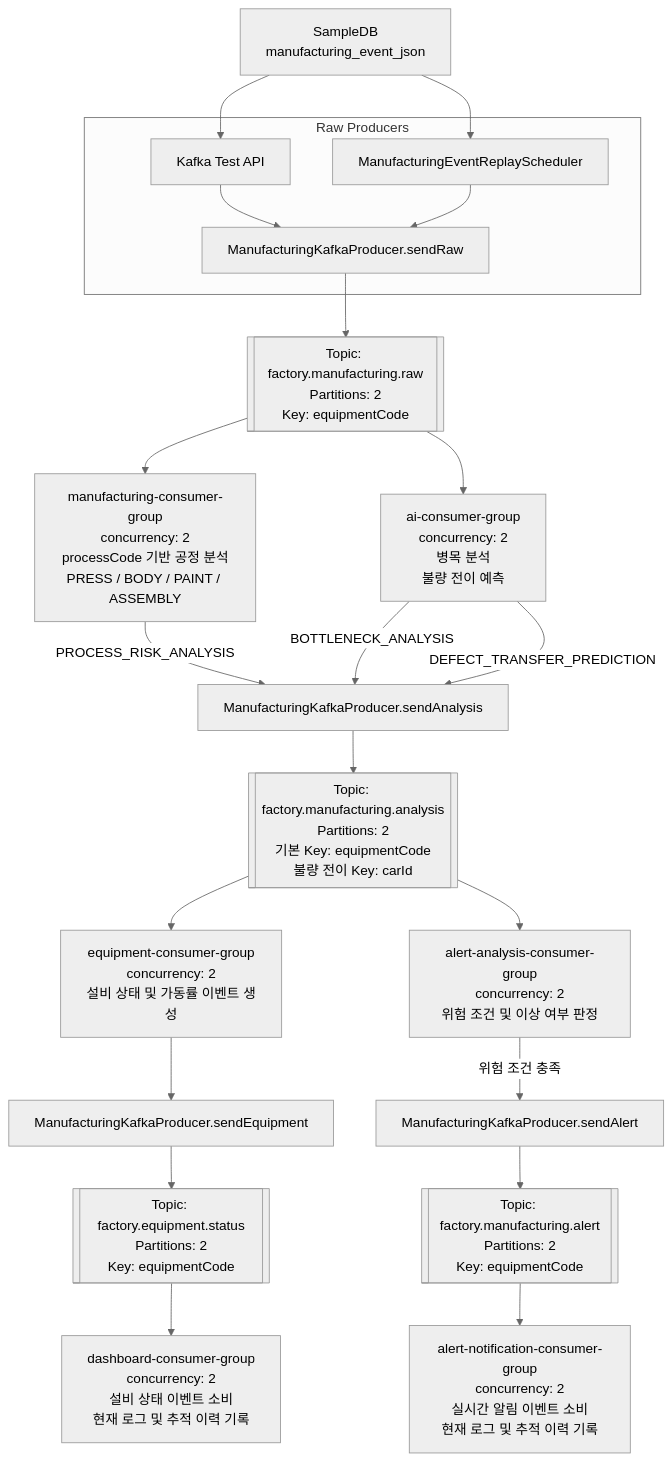
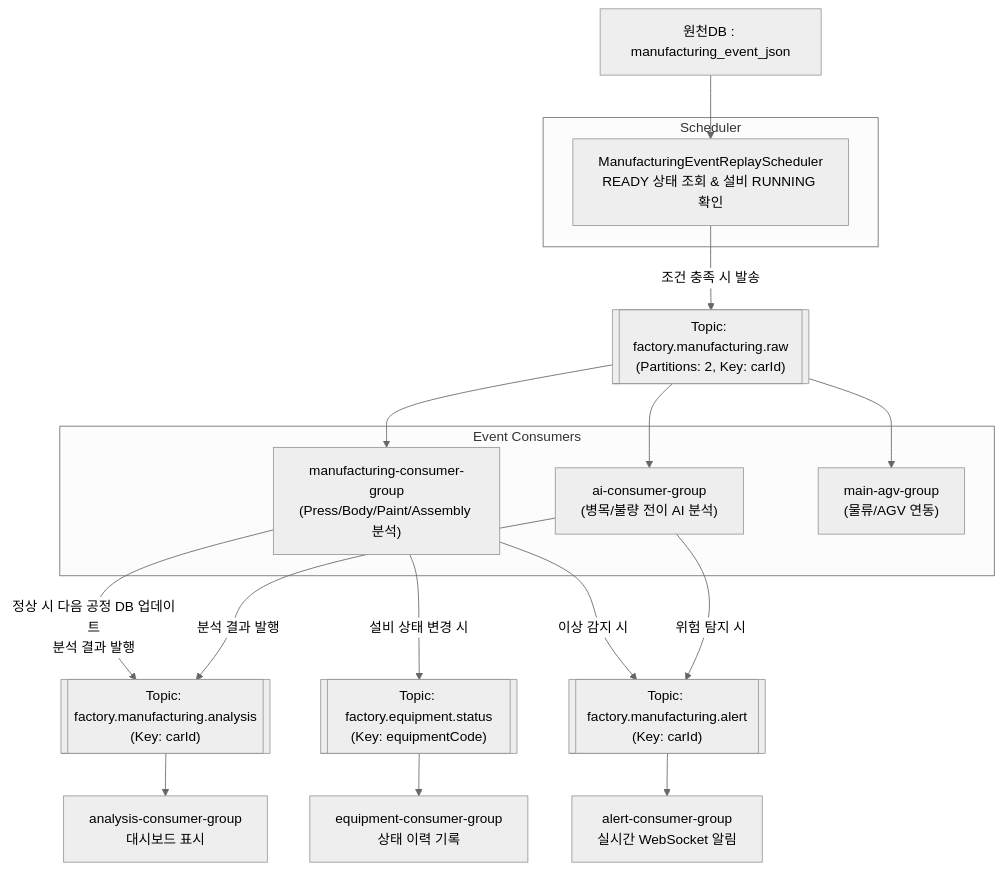
One commit to SK-Rookies-AIMS/assembly-service changed the diagram in README.md. Above: the diagram before and after it, drawn with Mermaid (neutral theme). The commit also changed other lines of this file, not shown here.

````diff
--- a/README.md
+++ b/README.md
@@ -172,55 +145,43 @@
 ```mermaid
 flowchart TD
-    DB[SampleDB<br/>manufacturing_event_json]
+    DB[원천DB : manufacturing_event_json]
 
-    subgraph RAW_PRODUCERS[Raw Producers]
-        API[Kafka Test API]
-        SCHEDULER[ManufacturingEventReplayScheduler]
-        SEND_RAW[ManufacturingKafkaProducer.sendRaw]
+    subgraph SCHEDULER [Scheduler]
+        REPLAY[ManufacturingEventReplayScheduler<br/>READY 상태 조회 & 설비 RUNNING 확인]
     end
 
-    RAW_TOPIC[["Topic: factory.manufacturing.raw<br/>Partitions: 2<br/>Key: equipmentCode"]]
+    RAW_TOPIC[["Topic: factory.manufacturing.raw<br/>(Partitions: 2, Key: carId)"]]
 
-    MANUFACTURING_GROUP["manufacturing-consumer-group<br/>concurrency: 2<br/>processCode 기반 공정 분석<br/>PRESS / BODY / PAINT / ASSEMBLY"]
-    AI_GROUP["ai-consumer-group<br/>concurrency: 2<br/>병목 분석<br/>불량 전이 예측"]
+    subgraph CONSUMERS [Event Consumers]
+        MANUFACTURING_CG["manufacturing-consumer-group<br/>(Press/Body/Paint/Assembly 분석)"]
+        AI_CG["ai-consumer-group<br/>(병목/불량 전이 AI 분석)"]
+        AGV_CG["main-agv-group<br/>(물류/AGV 연동)"]
+    end
 
-    ANALYSIS_PRODUCER["ManufacturingKafkaProducer.sendAnalysis"]
-    ANALYSIS_TOPIC[["Topic: factory.manufacturing.analysis<br/>Partitions: 2<br/>기본 Key: equipmentCode<br/>불량 전이 Key: carId"]]
+    ANALYSIS_TOPIC[["Topic: factory.manufacturing.analysis<br/>(Key: carId)"]]
+    EQUIPMENT_TOPIC[["Topic: factory.equipment.status<br/>(Key: equipmentCode)"]]
+    ALERT_TOPIC[["Topic: factory.manufacturing.alert<br/>(Key: carId)"]]
 
-    EQUIPMENT_GROUP["equipment-consumer-group<br/>concurrency: 2<br/>설비 상태 및 가동률 이벤트 생성"]
-    ALERT_ANALYSIS_GROUP["alert-analysis-consumer-group<br/>concurrency: 2<br/>위험 조건 및 이상 여부 판정"]
+    ANALYSIS_CG["analysis-consumer-group<br/>대시보드 표시"]
+    EQUIPMENT_CG["equipment-consumer-group<br/>상태 이력 기록"]
+    ALERT_CG["alert-consumer-group<br/>실시간 WebSocket 알림"]
 
-    EQUIPMENT_PRODUCER["ManufacturingKafkaProducer.sendEquipment"]
-    ALERT_PRODUCER["ManufacturingKafkaProducer.sendAlert"]
+    DB --> REPLAY
+    REPLAY -->|조건 충족 시 발송| RAW_TOPIC
 
-    EQUIPMENT_TOPIC[["Topic: factory.equipment.status<br/>Partitions: 2<br/>Key: equipmentCode"]]
-    ALERT_TOPIC[["Topic: factory.manufacturing.alert<br/>Partitions: 2<br/>Key: equipmentCode"]]
+    RAW_TOPIC --> MANUFACTURING_CG
+    RAW_TOPIC --> AI_CG
+    RAW_TOPIC --> AGV_CG
 
-    DASHBOARD_GROUP["dashboard-consumer-group<br/>concurrency: 2<br/>설비 상태 이벤트 소비<br/>현재 로그 및 추적 이력 기록"]
-    NOTIFICATION_GROUP["alert-notification-consumer-group<br/>concurrency: 2<br/>실시간 알림 이벤트 소비<br/>현재 로그 및 추적 이력 기록"]
+    MANUFACTURING_CG -->|정상 시 다음 공정 DB 업데이트<br/>분석 결과 발행| ANALYSIS_TOPIC
+    AI_CG -->|분석 결과 발행| ANALYSIS_TOPIC
 
-    DB --> API
-    DB --> SCHEDULER
-    API --> SEND_RAW
-    SCHEDULER --> SEND_RAW
-    SEND_RAW --> RAW_TOPIC
+    ANALYSIS_TOPIC --> ANALYSIS_CG
 
-    RAW_TOPIC --> MANUFACTURING_GROUP
-    RAW_TOPIC --> AI_GROUP
+    MANUFACTURING_CG -->|설비 상태 변경 시| EQUIPMENT_TOPIC
+    EQUIPMENT_TOPIC --> EQUIPMENT_CG
 
-    MANUFACTURING_GROUP -->|PROCESS_RISK_ANALYSIS| ANALYSIS_PRODUCER
-    AI_GROUP -->|BOTTLENECK_ANALYSIS| ANALYSIS_PRODUCER
-    AI_GROUP -->|DEFECT_TRANSFER_PREDICTION| ANALYSIS_PRODUCER
-    ANALYSIS_PRODUCER --> ANALYSIS_TOPIC
-
-    ANALYSIS_TOPIC --> EQUIPMENT_GROUP
-    ANALYSIS_TOPIC --> ALERT_ANALYSIS_GROUP
-
-    EQUIPMENT_GROUP --> EQUIPMENT_PRODUCER
-    EQUIPMENT_PRODUCER --> EQUIPMENT_TOPIC
-    EQUIPMENT_TOPIC --> DASHBOARD_GROUP
-
-    ALERT_ANALYSIS_GROUP -->|위험 조건 충족| ALERT_PRODUCER
-    ALERT_PRODUCER --> ALERT_TOPIC
-    ALERT_TOPIC --> NOTIFICATION_GROUP
+    MANUFACTURING_CG -->|이상 감지 시| ALERT_TOPIC
+    AI_CG -->|위험 탐지 시| ALERT_TOPIC
+    ALERT_TOPIC --> ALERT_CG
 ```
````
